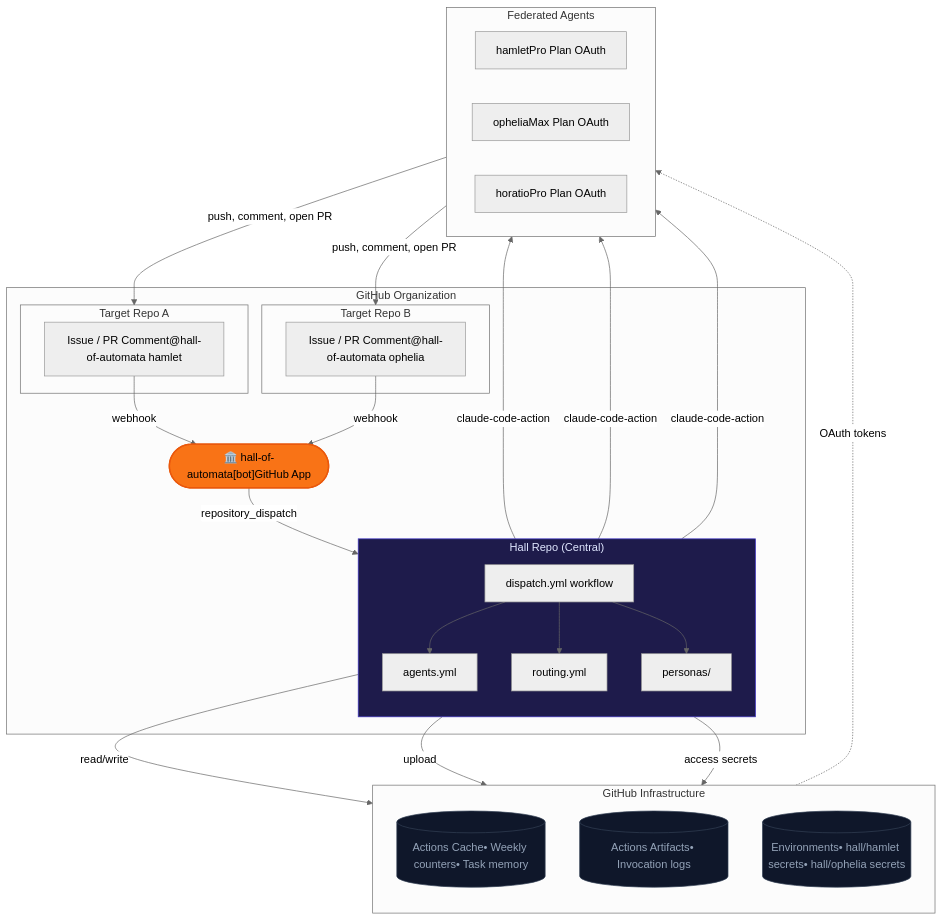
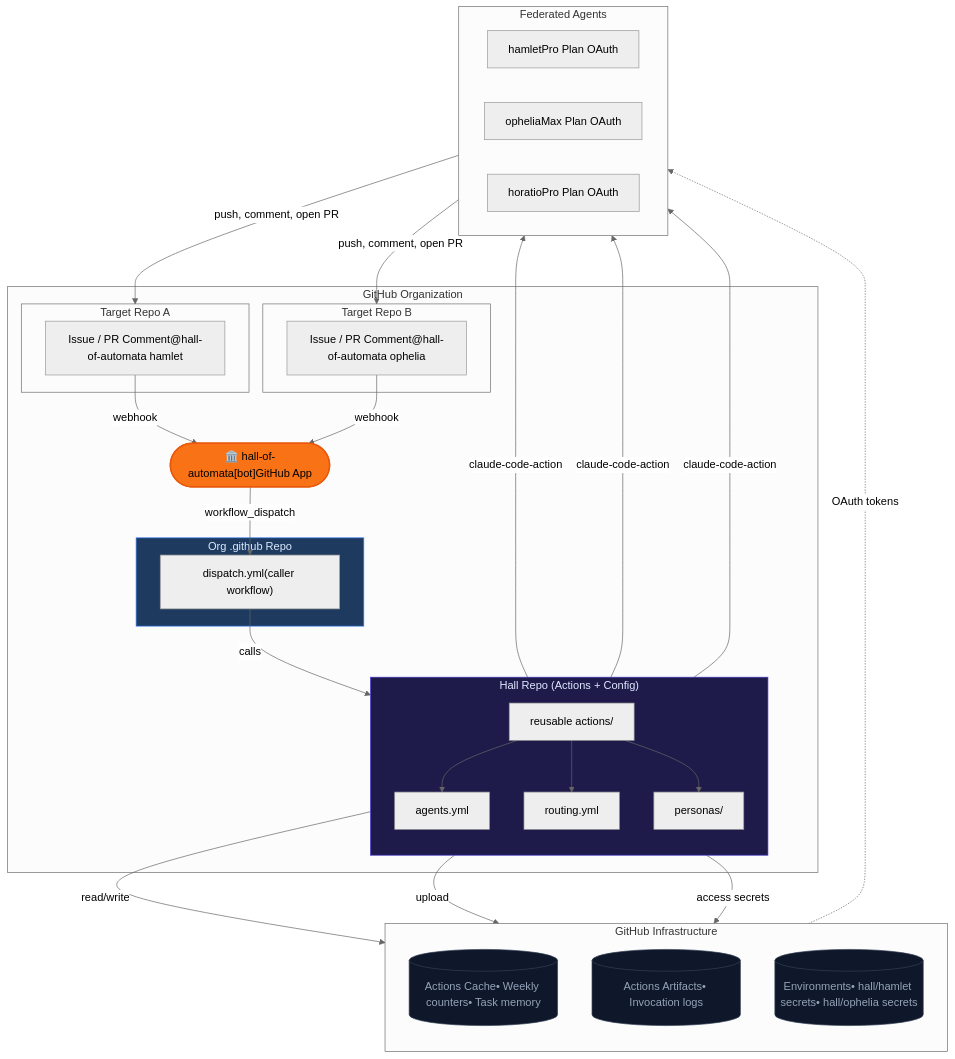
One commit to MockaSort-Studio/hall-of-automata changed the first of 6 diagrams in design_document.md. Above: the diagram before and after it, drawn with Mermaid (neutral theme). The commit also changed other lines of this file, not shown here.

````diff
--- a/design_document.md
+++ b/design_document.md
@@ -32,55 +32,60 @@
 ```mermaid
 graph TB
     subgraph ORG["GitHub Organization"]
         subgraph TR1["Target Repo A"]
             I1["Issue / PR Comment@hall-of-automata hamlet"]
         end
         subgraph TR2["Target Repo B"]
             I2["Issue / PR Comment@hall-of-automata ophelia"]
         end
-        subgraph HALL["Hall Repo (Central)"]
+        subgraph DOTGITHUB["Org .github Repo"]
+            DW["dispatch.yml(caller workflow)"]
+        end
+        subgraph HALL["Hall Repo (Actions + Config)"]
             direction TB
             AY["agents.yml"]
             RY["routing.yml"]
             P["personas/"]
-            DW["dispatch.yml workflow"]
+            RA["reusable actions/"]
         end
         APP(["🏛️ hall-of-automata[bot]GitHub App"])
     end
 
     subgraph GHINFRA["GitHub Infrastructure"]
         direction TB
         CACHE[("Actions Cache• Weekly counters• Task memory")]
         ARTIFACTS[("Actions Artifacts• Invocation logs")]
         ENVS[("Environments• hall/hamlet secrets• hall/ophelia secrets")]
     end
 
     subgraph FED["Federated Agents"]
         direction LR
         A1["hamletPro Plan OAuth"]
         A2["opheliaMax Plan OAuth"]
         A3["horatioPro Plan OAuth"]
     end
 
     I1 -->|webhook| APP
     I2 -->|webhook| APP
-    APP -->|repository_dispatch| DW
-    DW --> AY
-    DW --> RY
-    DW --> P
-    DW -->|read/write| CACHE
-    DW -->|upload| ARTIFACTS
-    DW -->|access secrets| ENVS
+    APP -->|workflow_dispatch| DW
+    DW -->|calls| RA
+    RA --> AY
+    RA --> RY
+    RA --> P
+    RA -->|read/write| CACHE
+    RA -->|upload| ARTIFACTS
+    RA -->|access secrets| ENVS
     ENVS -.->|OAuth tokens| FED
-    DW -->|claude-code-action| A1
-    DW -->|claude-code-action| A2
-    DW -->|claude-code-action| A3
+    RA -->|claude-code-action| A1
+    RA -->|claude-code-action| A2
+    RA -->|claude-code-action| A3
     A1 -->|push, comment, open PR| TR1
     A2 -->|push, comment, open PR| TR2
 
     style APP fill:#f97316,stroke:#ea580c,color:#000,stroke-width:2px
+    style DOTGITHUB fill:#1e3a5f,stroke:#3b82f6,color:#dbeafe
     style HALL fill:#1e1b4b,stroke:#4338ca,color:#e0e7ff
     style CACHE fill:#0f172a,stroke:#334155,color:#94a3b8
     style ARTIFACTS fill:#0f172a,stroke:#334155,color:#94a3b8
     style ENVS fill:#0f172a,stroke:#334155,color:#94a3b8
 ```
````
